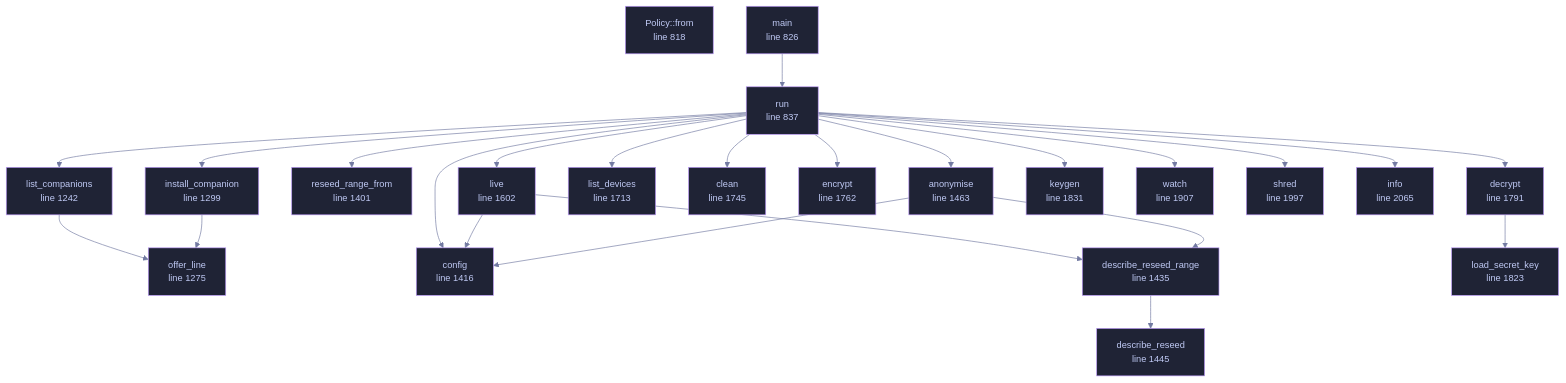
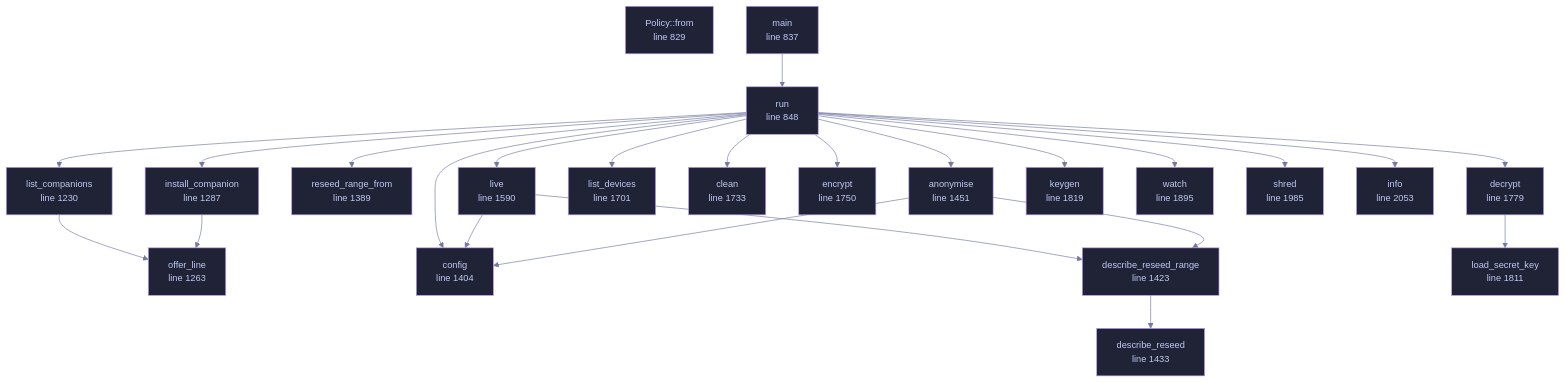
Before and after one commit to tilas01/veilvoice: the diagram in docs/files/veilvoice-cli/main.md, drawn with Mermaid. The commit also changed other lines of this file and 23 other files, not shown here.

````diff
--- a/docs/files/veilvoice-cli/main.md
+++ b/docs/files/veilvoice-cli/main.md
@@ -130,71 +130,71 @@
 ```mermaid
 %%{init: {"theme":"base","themeVariables":{"background":"#1a1b26","primaryColor":"#1f2335","primaryTextColor":"#c0caf5","primaryBorderColor":"#7aa2f7","secondaryColor":"#16161e","tertiaryColor":"#16161e","lineColor":"#737aa2","textColor":"#c0caf5","mainBkg":"#1f2335","nodeBorder":"#7aa2f7","clusterBkg":"#16161e","clusterBorder":"#2f3549","fontFamily":"ui-monospace, SFMono-Regular, Consolas, monospace","fontSize":"14px"}}}%%
 flowchart TD
-    n_from["Policy::from<br/>line 818"]
-    n_main["main<br/>line 826"]
-    n_run["run<br/>line 837"]
-    n_list_companions["list_companions<br/>line 1242"]
-    n_offer_line["offer_line<br/>line 1275"]
-    n_install_companion["install_companion<br/>line 1299"]
-    n_reseed_range_from["reseed_range_from<br/>line 1401"]
-    n_config["config<br/>line 1416"]
-    n_describe_reseed_range["describe_reseed_range<br/>line 1435"]
-    n_describe_reseed["describe_reseed<br/>line 1445"]
-    n_anonymise["anonymise<br/>line 1463"]
-    n_live["live<br/>line 1602"]
-    n_list_devices["list_devices<br/>line 1713"]
-    n_clean["clean<br/>line 1745"]
-    n_encrypt["encrypt<br/>line 1762"]
-    n_decrypt["decrypt<br/>line 1791"]
-    n_load_secret_key["load_secret_key<br/>line 1823"]
-    n_keygen["keygen<br/>line 1831"]
-    n_watch["watch<br/>line 1907"]
-    n_shred["shred<br/>line 1997"]
-    n_info["info<br/>line 2065"]
+    n_from["Policy::from<br/>line 829"]
+    n_main["main<br/>line 837"]
+    n_run["run<br/>line 848"]
+    n_list_companions["list_companions<br/>line 1230"]
+    n_offer_line["offer_line<br/>line 1263"]
+    n_install_companion["install_companion<br/>line 1287"]
+    n_reseed_range_from["reseed_range_from<br/>line 1389"]
+    n_config["config<br/>line 1404"]
+    n_describe_reseed_range["describe_reseed_range<br/>line 1423"]
+    n_describe_reseed["describe_reseed<br/>line 1433"]
+    n_anonymise["anonymise<br/>line 1451"]
+    n_live["live<br/>line 1590"]
+    n_list_devices["list_devices<br/>line 1701"]
+    n_clean["clean<br/>line 1733"]
+    n_encrypt["encrypt<br/>line 1750"]
+    n_decrypt["decrypt<br/>line 1779"]
+    n_load_secret_key["load_secret_key<br/>line 1811"]
+    n_keygen["keygen<br/>line 1819"]
+    n_watch["watch<br/>line 1895"]
+    n_shred["shred<br/>line 1985"]
+    n_info["info<br/>line 2053"]
     n_anonymise --> n_config
     n_anonymise --> n_describe_reseed_range
     n_decrypt --> n_load_secret_key
     n_describe_reseed_range --> n_describe_reseed
     n_install_companion --> n_offer_line
     n_list_companions --> n_offer_line
     n_live --> n_config
     n_live --> n_describe_reseed_range
     n_main --> n_run
     n_run --> n_anonymise
     n_run --> n_clean
     n_run --> n_config
     n_run --> n_decrypt
     n_run --> n_encrypt
     n_run --> n_info
     n_run --> n_install_companion
     n_run --> n_keygen
     n_run --> n_list_companions
     n_run --> n_list_devices
     n_run --> n_live
     n_run --> n_reseed_range_from
     n_run --> n_shred
     n_run --> n_watch
-    click n_from href "https://github.com/tilas01/veilvoice/blob/main/crates/veilvoice-cli/src/main.rs#L818" "open the source"
-    click n_main href "https://github.com/tilas01/veilvoice/blob/main/crates/veilvoice-cli/src/main.rs#L826" "open the source"
-    click n_run href "https://github.com/tilas01/veilvoice/blob/main/crates/veilvoice-cli/src/main.rs#L837" "open the source"
-    click n_list_companions href "https://github.com/tilas01/veilvoice/blob/main/crates/veilvoice-cli/src/main.rs#L1242" "open the source"
-    click n_offer_line href "https://github.com/tilas01/veilvoice/blob/main/crates/veilvoice-cli/src/main.rs#L1275" "open the source"
-    click n_install_companion href "https://github.com/tilas01/veilvoice/blob/main/crates/veilvoice-cli/src/main.rs#L1299" "open the source"
-    click n_reseed_range_from href "https://github.com/tilas01/veilvoice/blob/main/crates/veilvoice-cli/src/main.rs#L1401" "open the source"
-    click n_config href "https://github.com/tilas01/veilvoice/blob/main/crates/veilvoice-cli/src/main.rs#L1416" "open the source"
-    click n_describe_reseed_range href "https://github.com/tilas01/veilvoice/blob/main/crates/veilvoice-cli/src/main.rs#L1435" "open the source"
-    click n_describe_reseed href "https://github.com/tilas01/veilvoice/blob/main/crates/veilvoice-cli/src/main.rs#L1445" "open the source"
-    click n_anonymise href "https://github.com/tilas01/veilvoice/blob/main/crates/veilvoice-cli/src/main.rs#L1463" "open the source"
-    click n_live href "https://github.com/tilas01/veilvoice/blob/main/crates/veilvoice-cli/src/main.rs#L1602" "open the source"
-    click n_list_devices href "https://github.com/tilas01/veilvoice/blob/main/crates/veilvoice-cli/src/main.rs#L1713" "open the source"
-    click n_clean href "https://github.com/tilas01/veilvoice/blob/main/crates/veilvoice-cli/src/main.rs#L1745" "open the source"
-    click n_encrypt href "https://github.com/tilas01/veilvoice/blob/main/crates/veilvoice-cli/src/main.rs#L1762" "open the source"
-    click n_decrypt href "https://github.com/tilas01/veilvoice/blob/main/crates/veilvoice-cli/src/main.rs#L1791" "open the source"
-    click n_load_secret_key href "https://github.com/tilas01/veilvoice/blob/main/crates/veilvoice-cli/src/main.rs#L1823" "open the source"
-    click n_keygen href "https://github.com/tilas01/veilvoice/blob/main/crates/veilvoice-cli/src/main.rs#L1831" "open the source"
-    click n_watch href "https://github.com/tilas01/veilvoice/blob/main/crates/veilvoice-cli/src/main.rs#L1907" "open the source"
-    click n_shred href "https://github.com/tilas01/veilvoice/blob/main/crates/veilvoice-cli/src/main.rs#L1997" "open the source"
-    click n_info href "https://github.com/tilas01/veilvoice/blob/main/crates/veilvoice-cli/src/main.rs#L2065" "open the source"
+    click n_from href "https://github.com/tilas01/veilvoice/blob/main/crates/veilvoice-cli/src/main.rs#L829" "open the source"
+    click n_main href "https://github.com/tilas01/veilvoice/blob/main/crates/veilvoice-cli/src/main.rs#L837" "open the source"
+    click n_run href "https://github.com/tilas01/veilvoice/blob/main/crates/veilvoice-cli/src/main.rs#L848" "open the source"
+    click n_list_companions href "https://github.com/tilas01/veilvoice/blob/main/crates/veilvoice-cli/src/main.rs#L1230" "open the source"
+    click n_offer_line href "https://github.com/tilas01/veilvoice/blob/main/crates/veilvoice-cli/src/main.rs#L1263" "open the source"
+    click n_install_companion href "https://github.com/tilas01/veilvoice/blob/main/crates/veilvoice-cli/src/main.rs#L1287" "open the source"
+    click n_reseed_range_from href "https://github.com/tilas01/veilvoice/blob/main/crates/veilvoice-cli/src/main.rs#L1389" "open the source"
+    click n_config href "https://github.com/tilas01/veilvoice/blob/main/crates/veilvoice-cli/src/main.rs#L1404" "open the source"
+    click n_describe_reseed_range href "https://github.com/tilas01/veilvoice/blob/main/crates/veilvoice-cli/src/main.rs#L1423" "open the source"
+    click n_describe_reseed href "https://github.com/tilas01/veilvoice/blob/main/crates/veilvoice-cli/src/main.rs#L1433" "open the source"
+    click n_anonymise href "https://github.com/tilas01/veilvoice/blob/main/crates/veilvoice-cli/src/main.rs#L1451" "open the source"
+    click n_live href "https://github.com/tilas01/veilvoice/blob/main/crates/veilvoice-cli/src/main.rs#L1590" "open the source"
+    click n_list_devices href "https://github.com/tilas01/veilvoice/blob/main/crates/veilvoice-cli/src/main.rs#L1701" "open the source"
+    click n_clean href "https://github.com/tilas01/veilvoice/blob/main/crates/veilvoice-cli/src/main.rs#L1733" "open the source"
+    click n_encrypt href "https://github.com/tilas01/veilvoice/blob/main/crates/veilvoice-cli/src/main.rs#L1750" "open the source"
+    click n_decrypt href "https://github.com/tilas01/veilvoice/blob/main/crates/veilvoice-cli/src/main.rs#L1779" "open the source"
+    click n_load_secret_key href "https://github.com/tilas01/veilvoice/blob/main/crates/veilvoice-cli/src/main.rs#L1811" "open the source"
+    click n_keygen href "https://github.com/tilas01/veilvoice/blob/main/crates/veilvoice-cli/src/main.rs#L1819" "open the source"
+    click n_watch href "https://github.com/tilas01/veilvoice/blob/main/crates/veilvoice-cli/src/main.rs#L1895" "open the source"
+    click n_shred href "https://github.com/tilas01/veilvoice/blob/main/crates/veilvoice-cli/src/main.rs#L1985" "open the source"
+    click n_info href "https://github.com/tilas01/veilvoice/blob/main/crates/veilvoice-cli/src/main.rs#L2053" "open the source"
     classDef helper fill:#1f2335,stroke:#bb9af7,color:#c0caf5
     class n_from,n_main,n_run,n_list_companions,n_offer_line,n_install_companion,n_reseed_range_from,n_config,n_describe_reseed_range,n_describe_reseed,n_anonymise,n_live,n_list_devices,n_clean,n_encrypt,n_decrypt,n_load_secret_key,n_keygen,n_watch,n_shred,n_info helper
 ```
````
